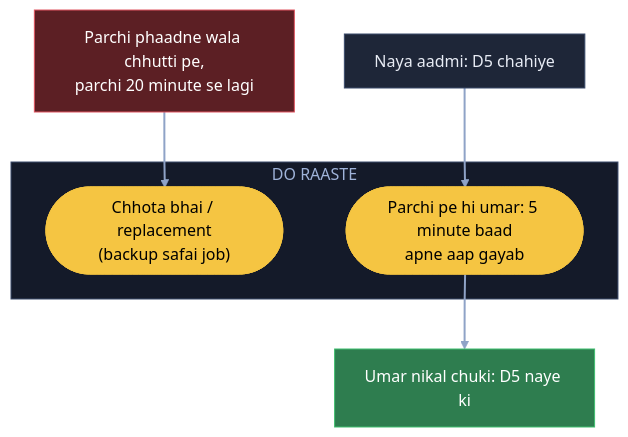
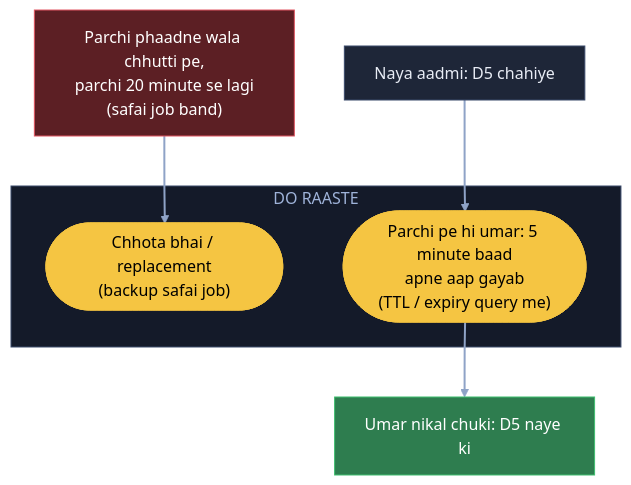
Before and after one commit to ArpanMaheshwari144/Prep: the third of 12 diagrams in 04_HLD/SYSTEM_DESIGNS/09_bookmyshow/09_bookmyshow.md, drawn with Mermaid. The commit also changed other lines of this file and 20 other files, not shown here.

Commit message:
HLD main files: diagram me kahani shabd + bracket me asli naam (21 design, 182 label)

````diff
--- a/04_HLD/SYSTEM_DESIGNS/09_bookmyshow/09_bookmyshow.md
+++ b/04_HLD/SYSTEM_DESIGNS/09_bookmyshow/09_bookmyshow.md
@@ -164,19 +164,19 @@
 ```mermaid
 flowchart TB
-    X["Parchi phaadne wala chhutti pe,<br/>parchi 20 minute se lagi"]:::bad
+    X["Parchi phaadne wala chhutti pe,<br/>parchi 20 minute se lagi<br/>(safai job band)"]:::bad
     N["Naya aadmi: D5 chahiye"]:::card
     subgraph DR["DO RAASTE"]
         B(["Chhota bhai / replacement<br/>(backup safai job)"]):::pill
-        U(["Parchi pe hi umar: 5 minute baad<br/>apne aap gayab"]):::pill
+        U(["Parchi pe hi umar: 5 minute baad<br/>apne aap gayab<br/>(TTL / expiry query me)"]):::pill
     end
     OK["Umar nikal chuki: D5 naye ki"]:::good
     X --> B
     N --> U
     U --> OK
     linkStyle default stroke:#8fa3c7,stroke-width:2px
     classDef card fill:#1e2638,stroke:#3a4a6b,color:#e8ecf5
     classDef pill fill:#f5c542,stroke:#f5c542,color:#000
     classDef good fill:#2e7d4f,stroke:#3fbf6f,color:#fff
     classDef bad fill:#5c1f24,stroke:#e05561,color:#fff
     style DR fill:#141a29,stroke:#3a4a6b,color:#9fb3d9
 ```
````
